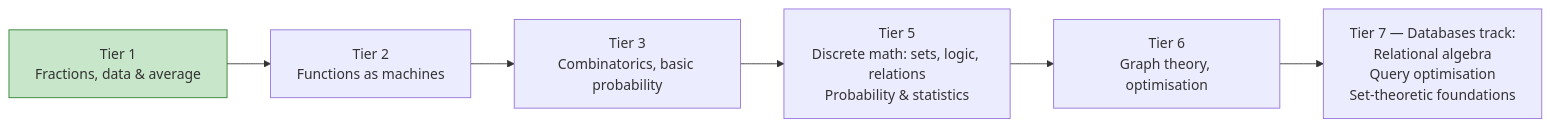
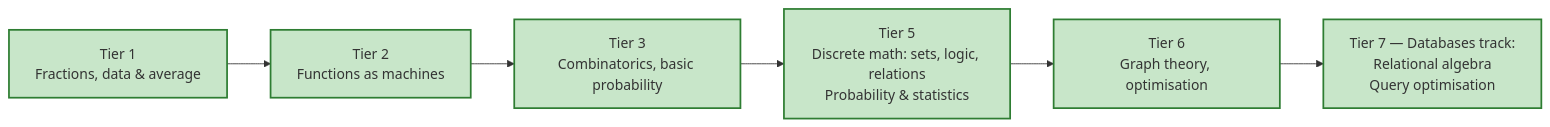
The diagram in applied-bridges/databases.qmd (rajeshpillai/applied-maths), drawn with Mermaid before and after one commit. The commit also changed other lines of this file and 5 other files, not shown here.

````diff
--- a/applied-bridges/databases.qmd
+++ b/applied-bridges/databases.qmd
@@ -20,11 +20,11 @@
 ```{mermaid}
 flowchart LR
     A[Tier 1<br/>Fractions, data & average] --> B[Tier 2<br/>Functions as machines]
     B --> C[Tier 3<br/>Combinatorics, basic probability]
     C --> D[Tier 5<br/>Discrete math: sets, logic, relations<br/>Probability & statistics]
     D --> E[Tier 6<br/>Graph theory, optimisation]
-    E --> F[Tier 7 — Databases track:<br/>Relational algebra<br/>Query optimisation<br/>Set-theoretic foundations]
+    E --> F[Tier 7 — Databases track:<br/>Relational algebra<br/>Query optimisation]
 
-    classDef built fill:#c8e6c9,stroke:#2e7d32
-    class A built
+    classDef built fill:#c8e6c9,stroke:#2e7d32,stroke-width:2px
+    class A,B,C,D,E,F built
 ```
````
